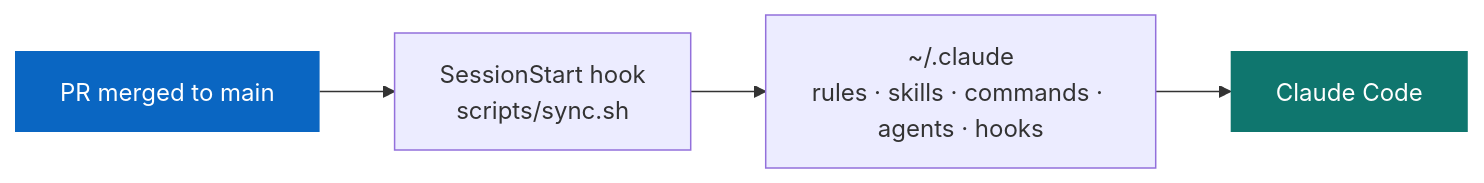
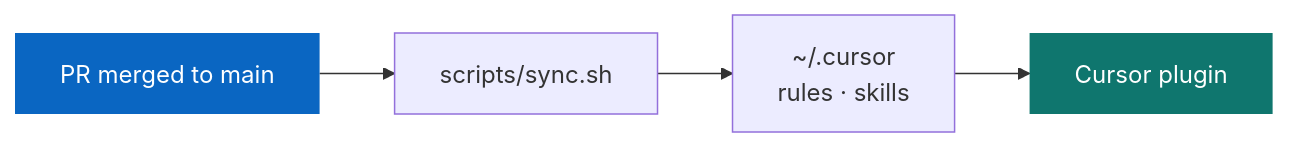
The first of 3 diagrams in README.md (matthummel-pa/ai-dev-standards-playbook), drawn with Mermaid before and after one commit. The commit also changed other lines of this file and 35 other files, not shown here.

````diff
--- a/README.md
+++ b/README.md
@@ -48,6 +48,6 @@
 ```mermaid
 flowchart LR
-  A[PR merged to main] --> B[SessionStart hook<br/>scripts/sync.sh] --> C[~/.claude<br/>rules · skills · commands · agents · hooks] --> D[Claude Code]
+  A[PR merged to main] --> B[scripts/sync.sh] --> C[~/.cursor<br/>rules · skills] --> D[Cursor plugin]
   style A fill:#0a66c2,color:#fff,stroke:none
   style D fill:#0f766e,color:#fff,stroke:none
 ```
````
